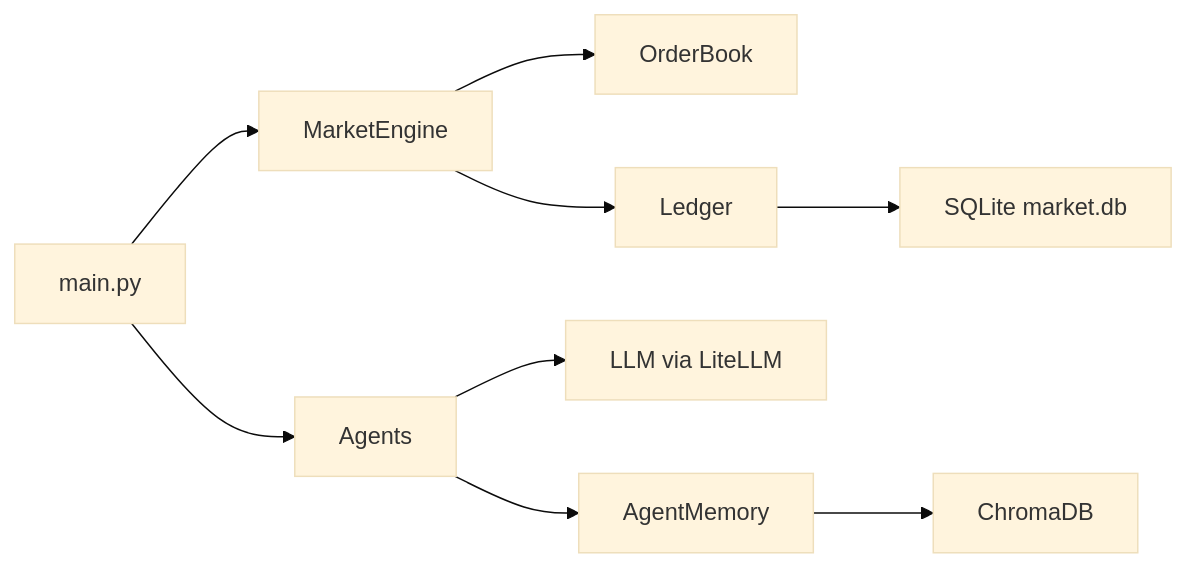
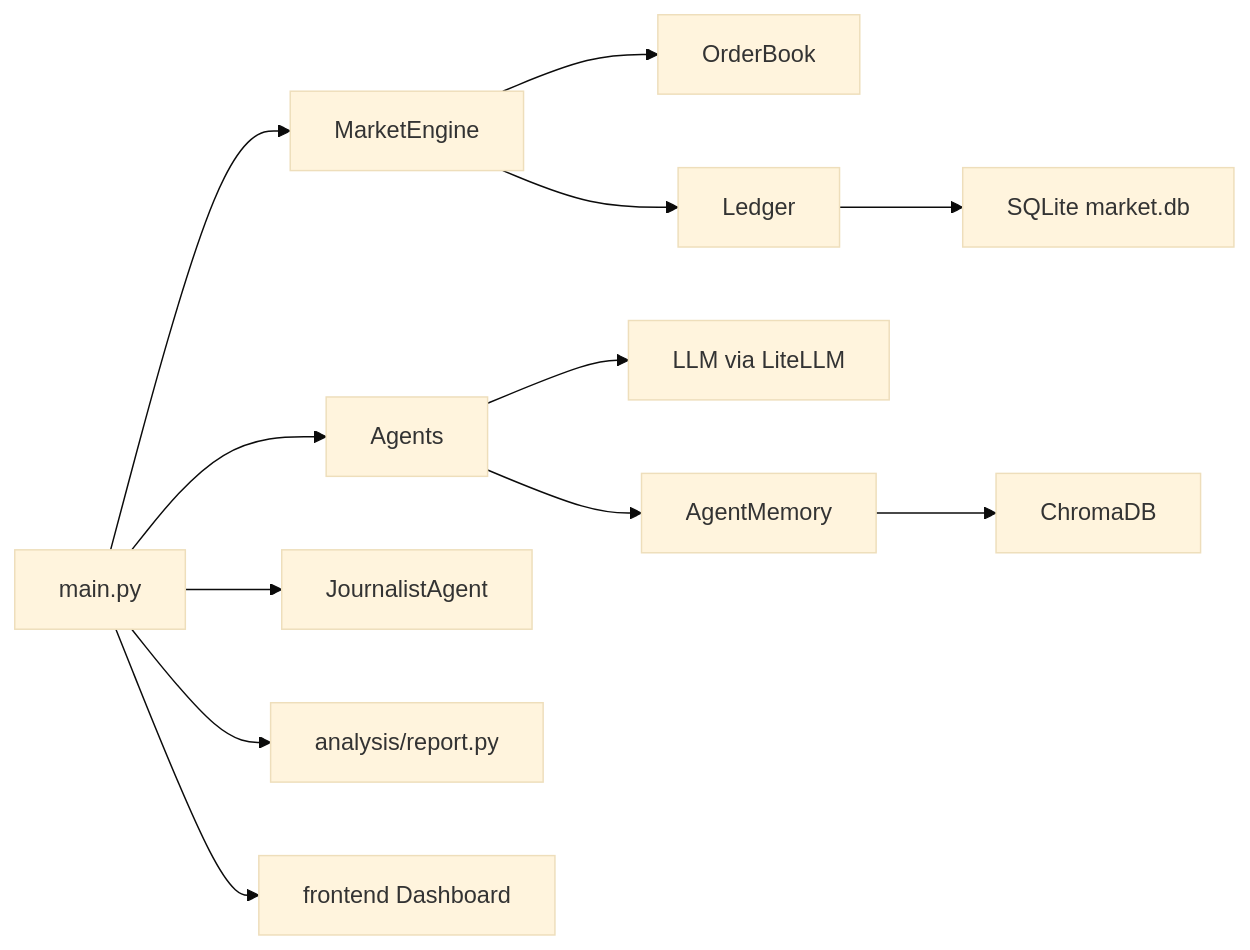
One commit to patrickpassosb/agent-market changed the diagram in README.md. Above: the diagram before and after it, drawn with Mermaid (base theme). The commit also changed other lines of this file and 32 other files, not shown here.

````diff
--- a/README.md
+++ b/README.md
@@ -19,11 +26,14 @@
 ```mermaid
 flowchart LR
     A[main.py] --> B[MarketEngine]
     B --> C[OrderBook]
     B --> D[Ledger]
     A --> E[Agents]
     E --> F[LLM via LiteLLM]
     E --> G[AgentMemory]
     G --> H[ChromaDB]
     D --> I[SQLite market.db]
+    A --> J[JournalistAgent]
+    A --> K[analysis/report.py]
+    A --> L[frontend Dashboard]
 ```
````
